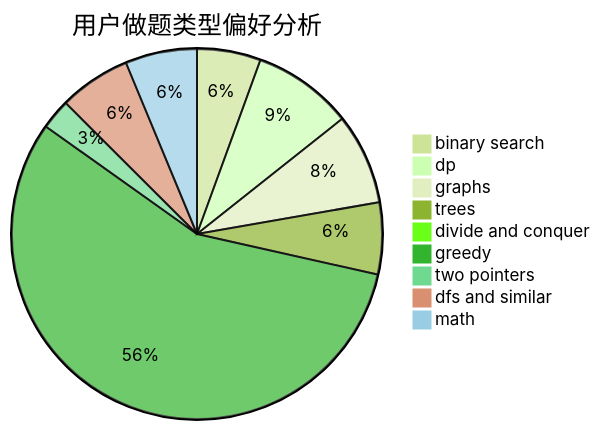
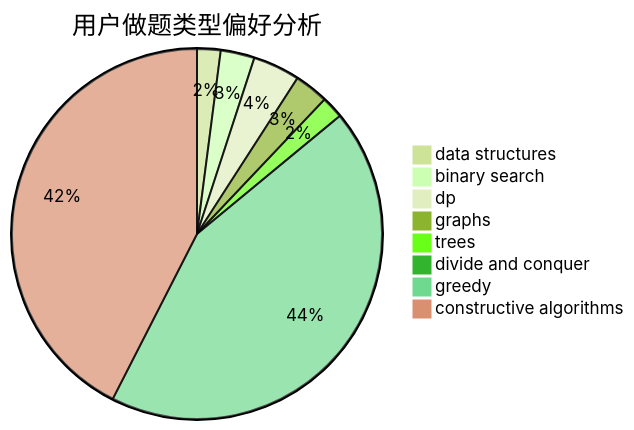
The second of 3 diagrams in docs/user/u12.md (sherpahu/cfrs.github.io), drawn with Mermaid (forest theme) before and after one commit. The commit also changed other lines of this file and 2775 other files, not shown here.

````diff
--- a/docs/user/u12.md
+++ b/docs/user/u12.md
@@ -23,12 +23,11 @@
 ```mermaid
 pie title 用户做题类型偏好分析
-    "binary search" :  40
-    "dp" :  63
-    "graphs" :  57
-    "trees" :  45
+    "data structures" :  18
+    "binary search" :  26
+    "dp" :  36
+    "graphs" :  26
+    "trees" :  17
     "divide and conquer" :  0
-    "greedy" :  405
-    "two pointers" :  19
-    "dfs and similar" :  45
-    "math" :  45
+    "greedy" :  382
+    "constructive algorithms" :  373
 ```
````
